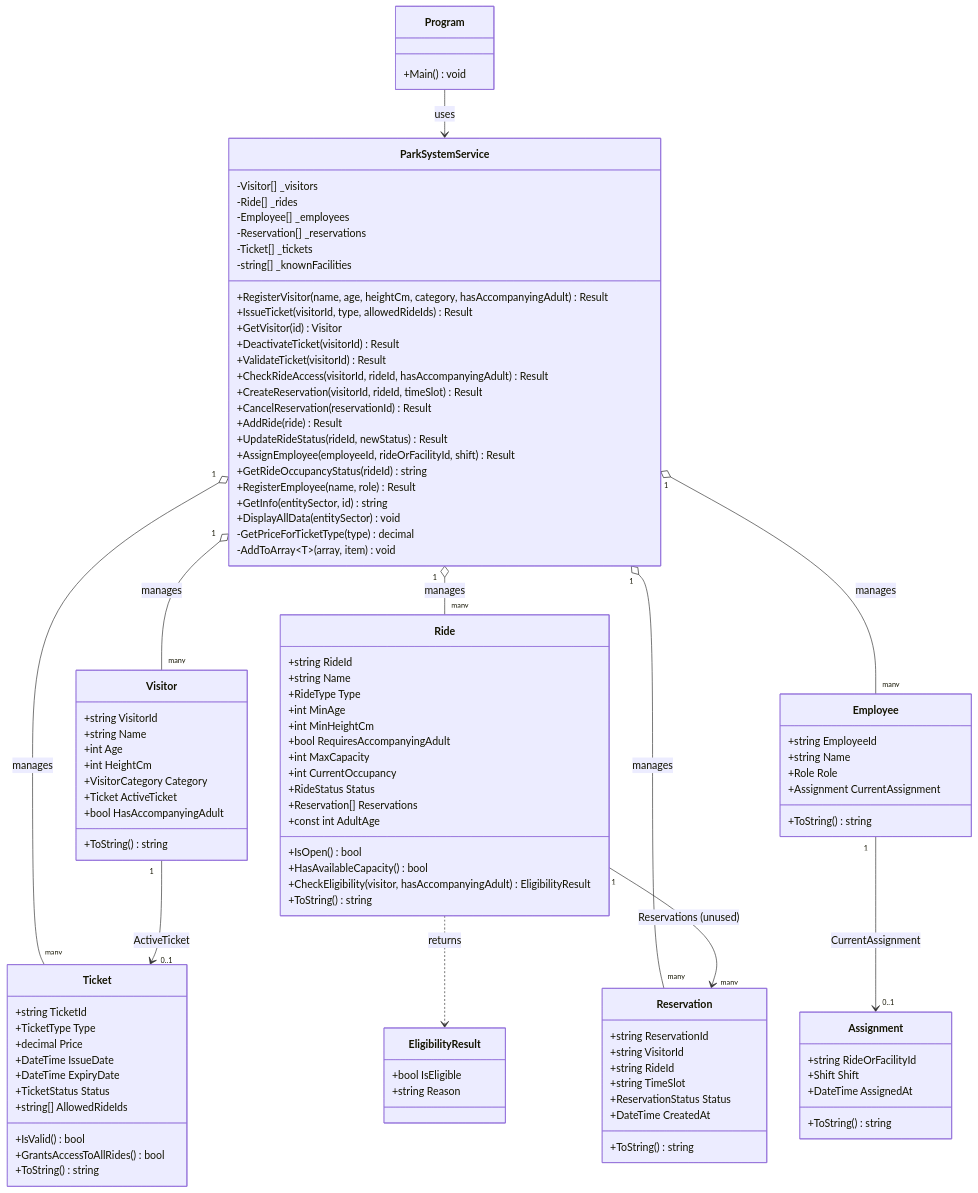
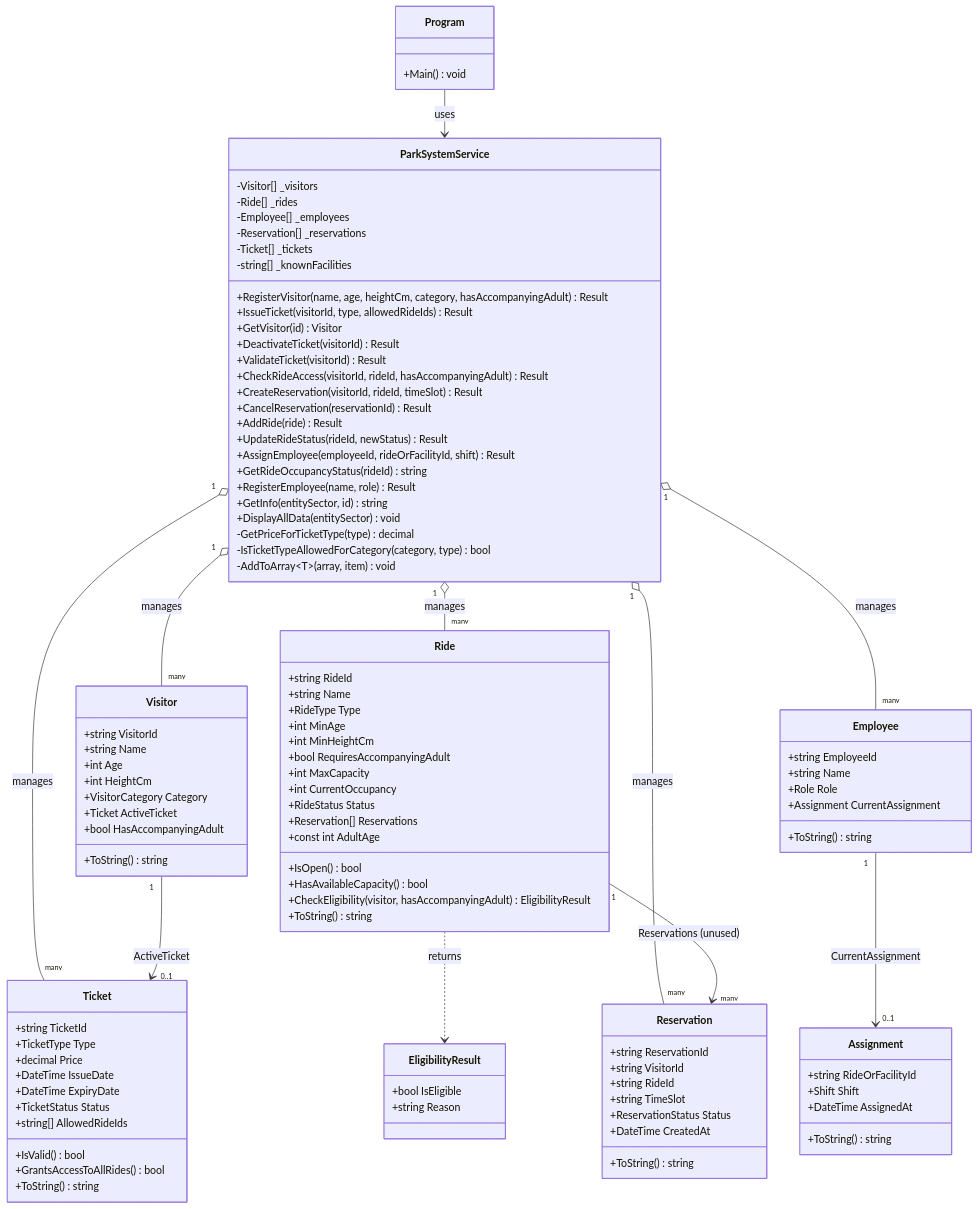
The first of 2 diagrams in README.md (Mohammadshaqboua/HorizonParkSystem), drawn with Mermaid before and after one commit. The commit also changed other lines of this file and 2 other files, not shown here.

First line of the commit message:
fix: enforce ticket validity and ride eligibility in CreateReservation

```diff
--- a/README.md
+++ b/README.md
@@ -390,6 +410,7 @@
         +GetInfo(entitySector, id) string
         +DisplayAllData(entitySector) void
         -GetPriceForTicketType(type) decimal
+        -IsTicketTypeAllowedForCategory(category, type) bool
         -AddToArray~T~(array, item) void
     }
 
```
